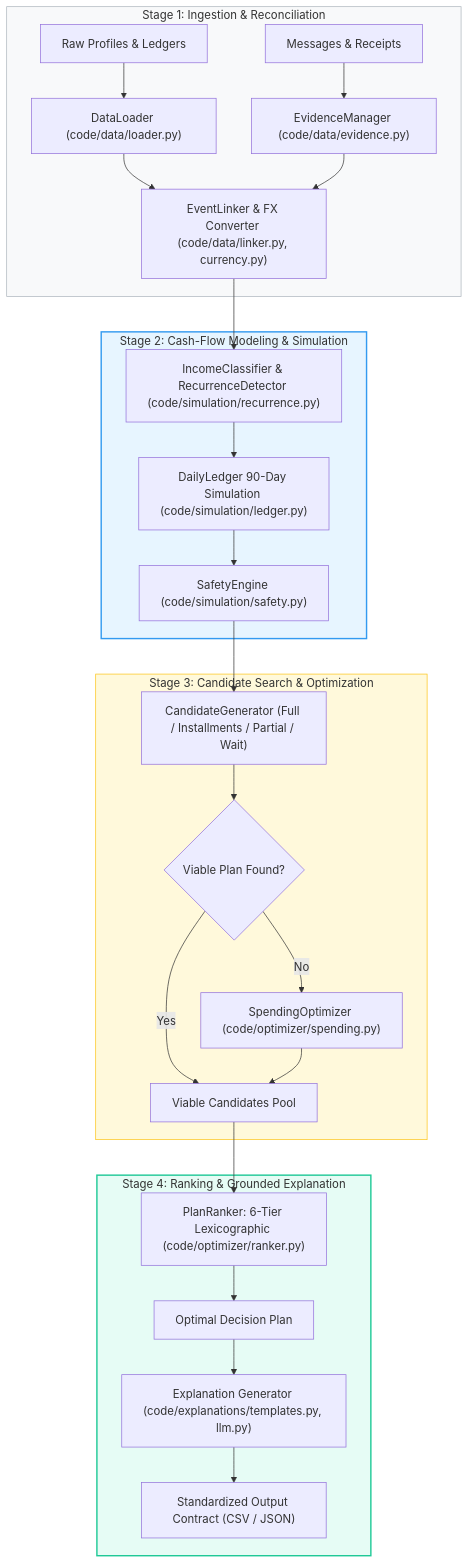
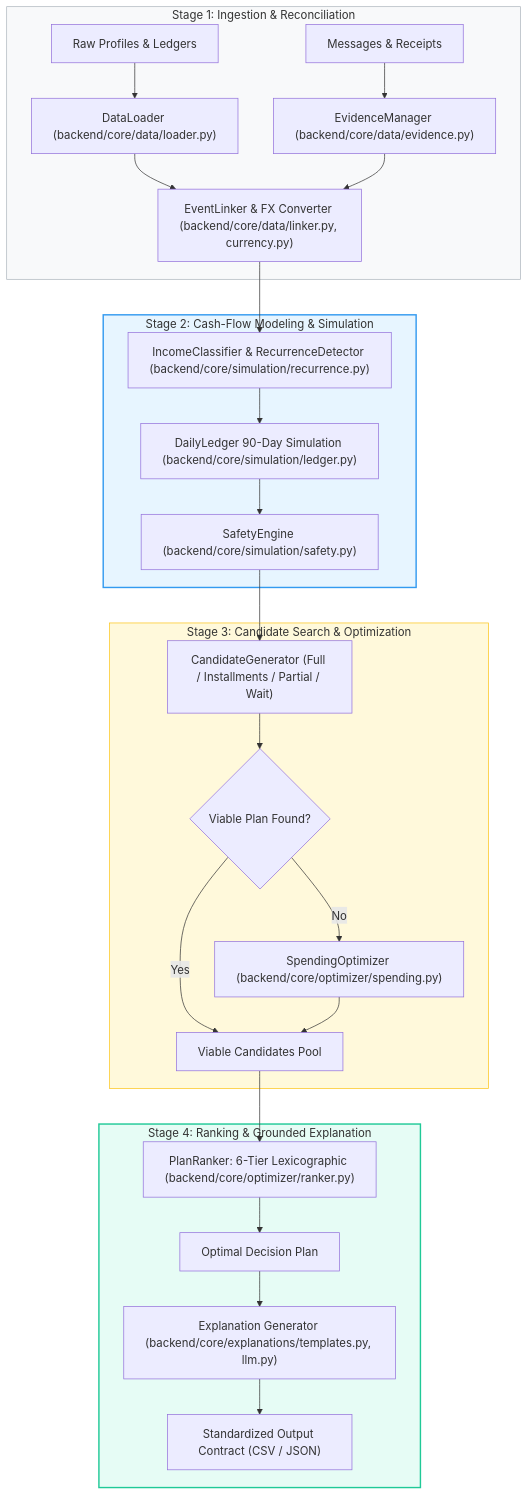
One commit to varunaditya27/penny changed the second of 3 diagrams in README.md. Above: the diagram before and after it, drawn with Mermaid. The commit also changed other lines of this file and 55 other files, not shown here.

Commit message:
feat(risk): add cash-flow burn rate and trajectory dip metrics, remove legacy code directory

````diff
--- a/README.md
+++ b/README.md
@@ -95,35 +95,35 @@
 ```mermaid
 flowchart TD
     subgraph Ingestion["Stage 1: Ingestion & Reconciliation"]
-        A1["Raw Profiles & Ledgers"] --> B1["DataLoader (code/data/loader.py)"]
-        A2["Messages & Receipts"] --> C1["EvidenceManager (code/data/evidence.py)"]
-        B1 --> D1["EventLinker & FX Converter (code/data/linker.py, currency.py)"]
+        A1["Raw Profiles & Ledgers"] --> B1["DataLoader (backend/core/data/loader.py)"]
+        A2["Messages & Receipts"] --> C1["EvidenceManager (backend/core/data/evidence.py)"]
+        B1 --> D1["EventLinker & FX Converter (backend/core/data/linker.py, currency.py)"]
         C1 --> D1
     end
 
     subgraph Simulation["Stage 2: Cash-Flow Modeling & Simulation"]
-        D1 --> E1["IncomeClassifier & RecurrenceDetector (code/simulation/recurrence.py)"]
-        E1 --> F1["DailyLedger 90-Day Simulation (code/simulation/ledger.py)"]
-        F1 --> G1["SafetyEngine (code/simulation/safety.py)"]
+        D1 --> E1["IncomeClassifier & RecurrenceDetector (backend/core/simulation/recurrence.py)"]
+        E1 --> F1["DailyLedger 90-Day Simulation (backend/core/simulation/ledger.py)"]
+        F1 --> G1["SafetyEngine (backend/core/simulation/safety.py)"]
     end
 
     subgraph Optimization["Stage 3: Candidate Search & Optimization"]
         G1 --> H1["CandidateGenerator (Full / Installments / Partial / Wait)"]
         H1 --> I1{"Viable Plan Found?"}
-        I1 -->|No| J1["SpendingOptimizer (code/optimizer/spending.py)"]
+        I1 -->|No| J1["SpendingOptimizer (backend/core/optimizer/spending.py)"]
         I1 -->|Yes| K1["Viable Candidates Pool"]
         J1 --> K1
     end
 
     subgraph Decision["Stage 4: Ranking & Grounded Explanation"]
-        K1 --> L1["PlanRanker: 6-Tier Lexicographic (code/optimizer/ranker.py)"]
+        K1 --> L1["PlanRanker: 6-Tier Lexicographic (backend/core/optimizer/ranker.py)"]
         L1 --> M1["Optimal Decision Plan"]
-        M1 --> N1["Explanation Generator (code/explanations/templates.py, llm.py)"]
+        M1 --> N1["Explanation Generator (backend/core/explanations/templates.py, llm.py)"]
         N1 --> O1["Standardized Output Contract (CSV / JSON)"]
     end
 
     style Ingestion fill:#f8f9fa,stroke:#adb5bd,stroke-width:1px
     style Simulation fill:#e7f5ff,stroke:#339af0,stroke-width:2px
     style Optimization fill:#fff9db,stroke:#fcc419,stroke-width:1px
     style Decision fill:#e6fcf5,stroke:#20c997,stroke-width:2px
 ```
````
